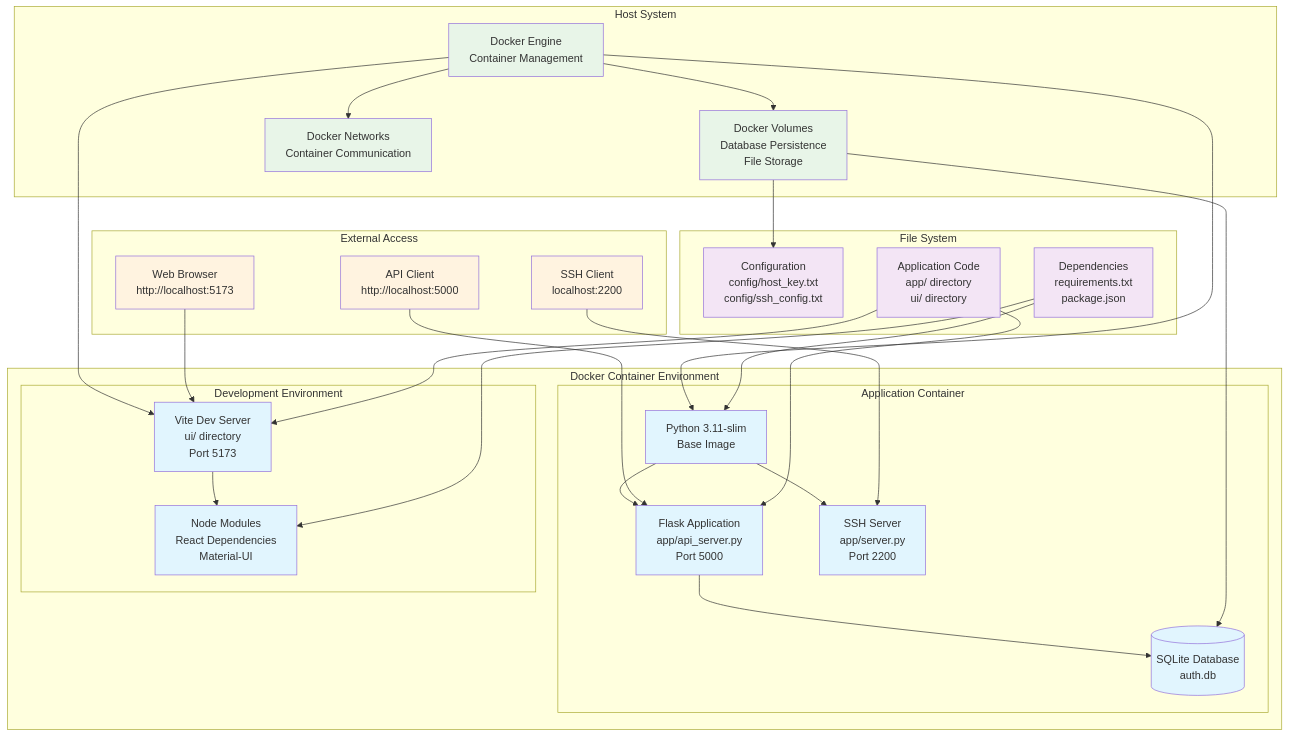
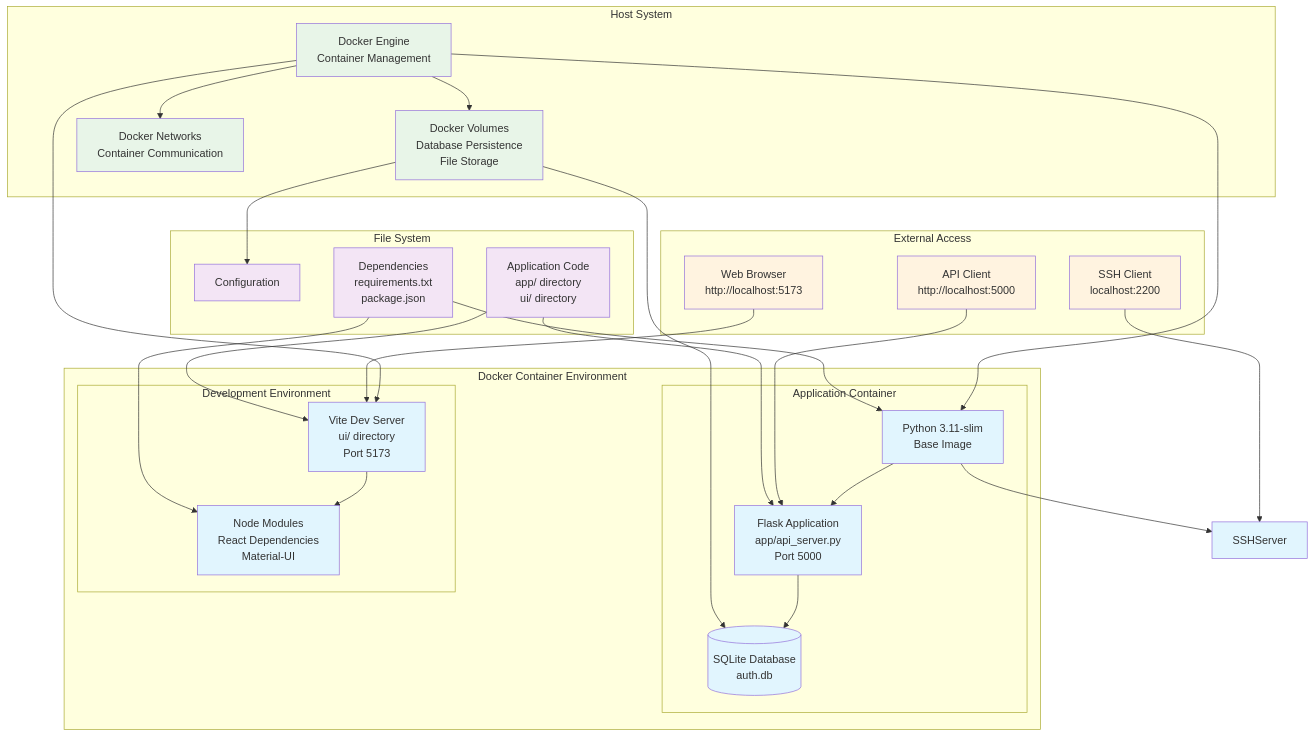
Before and after one commit to KnightNight101/UoR_APP: the sixth of 10 diagrams in Draft_2/ARCHITECTURE.md, drawn with Mermaid. The commit also changed other lines of this file and 8 other files, not shown here.

Commit message:
A thread-safe event log has been implemented in the backend. All API calls, user inputs, actions, errors, and success messages are now appended to [`Draft_2/app/event_log.txt`](Draft_2/app/event_log.txt), providing a detailed record for manual debugging.

````diff
--- a/Draft_2/ARCHITECTURE.md
+++ b/Draft_2/ARCHITECTURE.md
@@ -468,66 +467,65 @@
 ```mermaid
 graph TB
     subgraph "Docker Container Environment"
         subgraph "Application Container"
             Python[Python 3.11-slim<br/>Base Image]
             FlaskApp[Flask Application<br/>app/api_server.py<br/>Port 5000]
-            SSHServer[SSH Server<br/>app/server.py<br/>Port 2200]
             Database[(SQLite Database<br/>auth.db)]
         end
         
         subgraph "Development Environment"
             ViteServer[Vite Dev Server<br/>ui/ directory<br/>Port 5173]
             NodeModules[Node Modules<br/>React Dependencies<br/>Material-UI]
         end
     end
     
     subgraph "Host System"
         Docker[Docker Engine<br/>Container Management]
         Volumes[Docker Volumes<br/>Database Persistence<br/>File Storage]
         Networks[Docker Networks<br/>Container Communication]
     end
     
     subgraph "External Access"
         Browser[Web Browser<br/>http://localhost:5173]
         API[API Client<br/>http://localhost:5000]
         SSH[SSH Client<br/>localhost:2200]
     end
     
     subgraph "File System"
-        ConfigFiles[Configuration<br/>config/host_key.txt<br/>config/ssh_config.txt]
+        ConfigFiles[Configuration]
         AppCode[Application Code<br/>app/ directory<br/>ui/ directory]
         Requirements[Dependencies<br/>requirements.txt<br/>package.json]
     end
     
     Python --> FlaskApp
     Python --> SSHServer
     FlaskApp --> Database
     
     ViteServer --> NodeModules
     
     Docker --> Python
     Docker --> ViteServer
     Docker --> Volumes
     Docker --> Networks
     
     Browser --> ViteServer
     API --> FlaskApp
     SSH --> SSHServer
     
     Volumes --> Database
     Volumes --> ConfigFiles
     AppCode --> FlaskApp
     AppCode --> ViteServer
     Requirements --> Python
     Requirements --> NodeModules
     
     classDef container fill:#e1f5fe
     classDef host fill:#e8f5e8
     classDef external fill:#fff3e0
     classDef filesystem fill:#f3e5f5
     
     class Python,FlaskApp,SSHServer,Database,ViteServer,NodeModules container
     class Docker,Volumes,Networks host
     class Browser,API,SSH external
     class ConfigFiles,AppCode,Requirements filesystem
 ```
````
